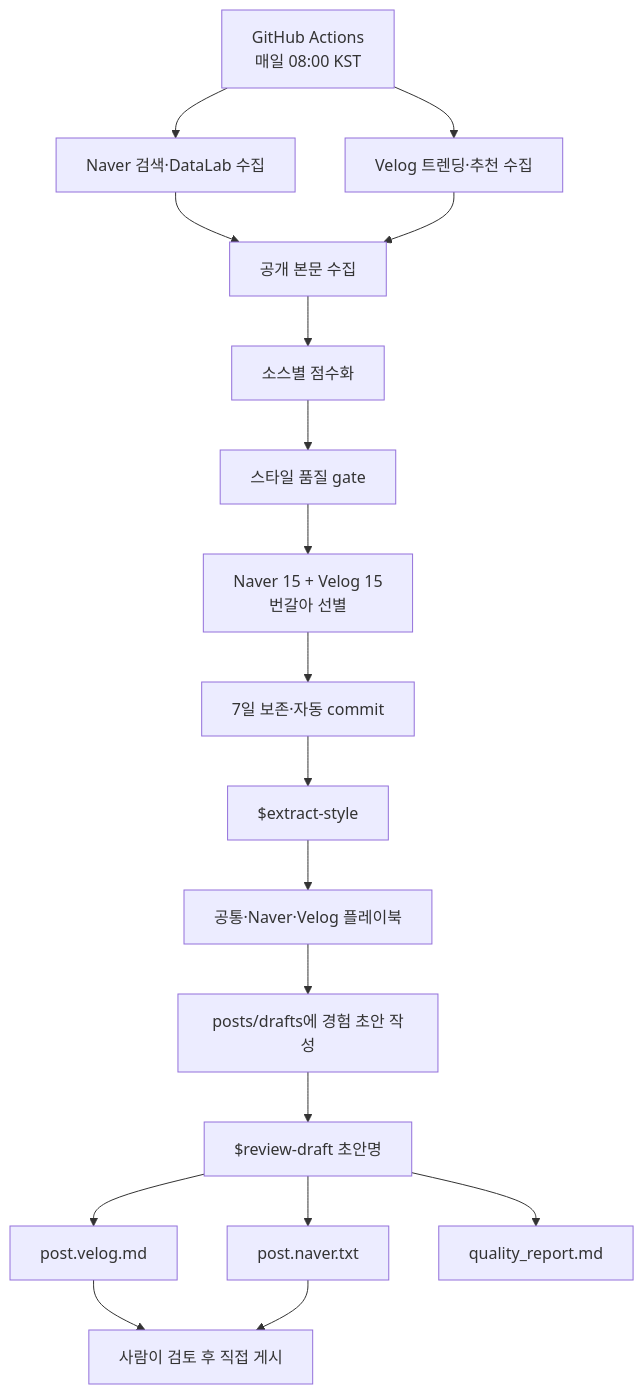
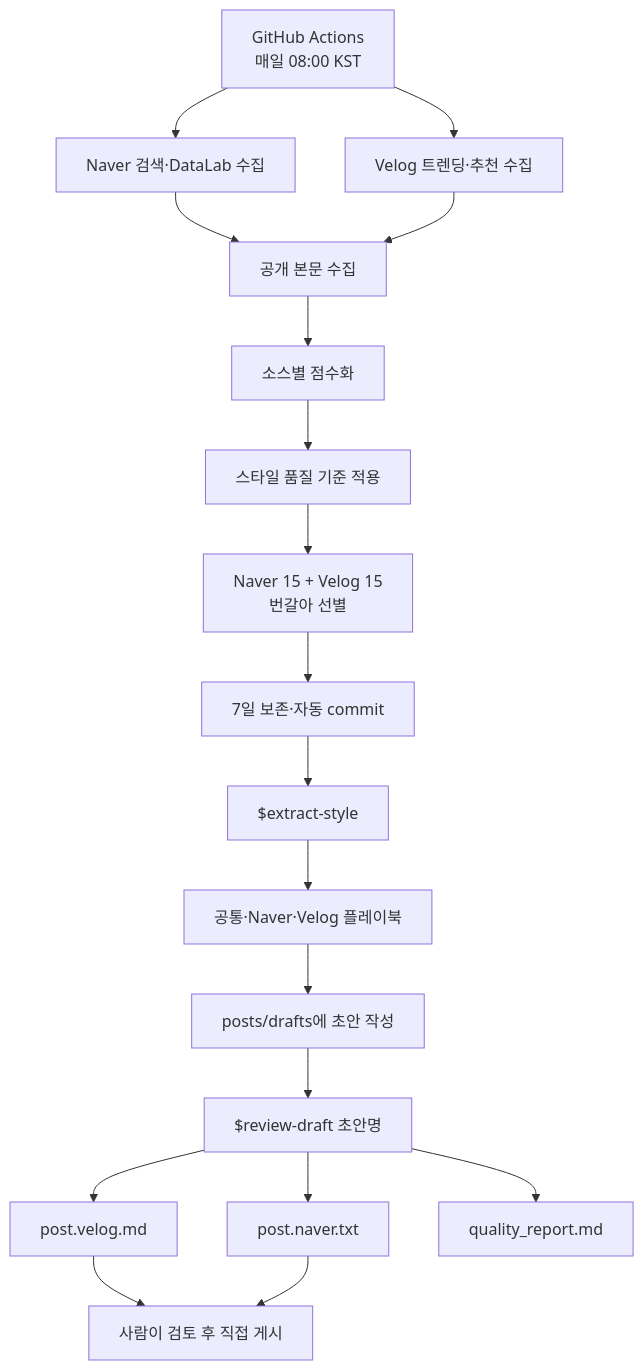
Before and after one commit to dennis0405/naver-blog-trend: the diagram in README.md, drawn with Mermaid. The commit also changed other lines of this file, not shown here.

````diff
--- a/README.md
+++ b/README.md
@@ -9,20 +86,20 @@
 ```mermaid
 flowchart TD
     A[GitHub Actions<br/>매일 08:00 KST] --> B[Naver 검색·DataLab 수집]
     A --> C[Velog 트렌딩·추천 수집]
     B --> D[공개 본문 수집]
     C --> D
     D --> E[소스별 점수화]
-    E --> F[스타일 품질 gate]
+    E --> F[스타일 품질 기준 적용]
     F --> G[Naver 15 + Velog 15<br/>번갈아 선별]
     G --> H[7일 보존·자동 commit]
     H --> I[$extract-style]
     I --> J[공통·Naver·Velog 플레이북]
-    J --> K[posts/drafts에 경험 초안 작성]
+    J --> K[posts/drafts에 초안 작성]
     K --> L[$review-draft 초안명]
     L --> M[post.velog.md]
     L --> N[post.naver.txt]
     L --> O[quality_report.md]
     M --> P[사람이 검토 후 직접 게시]
     N --> P
 ```
````
